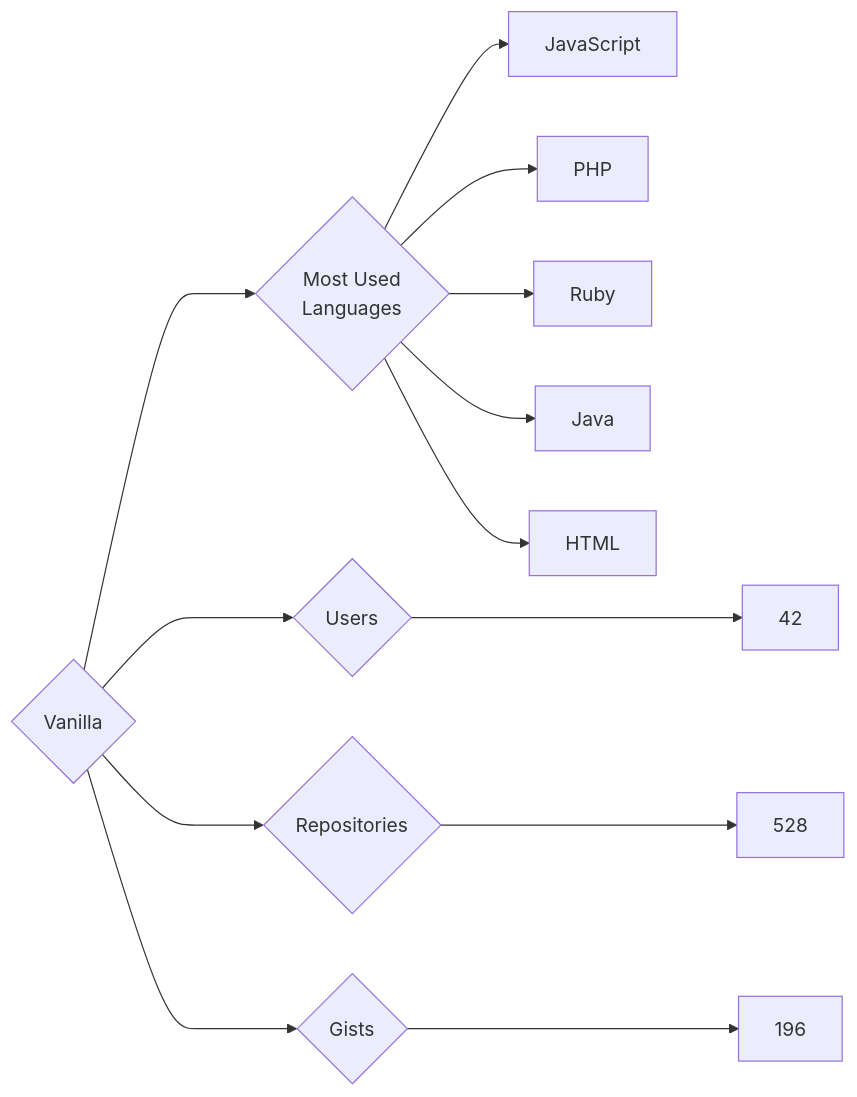
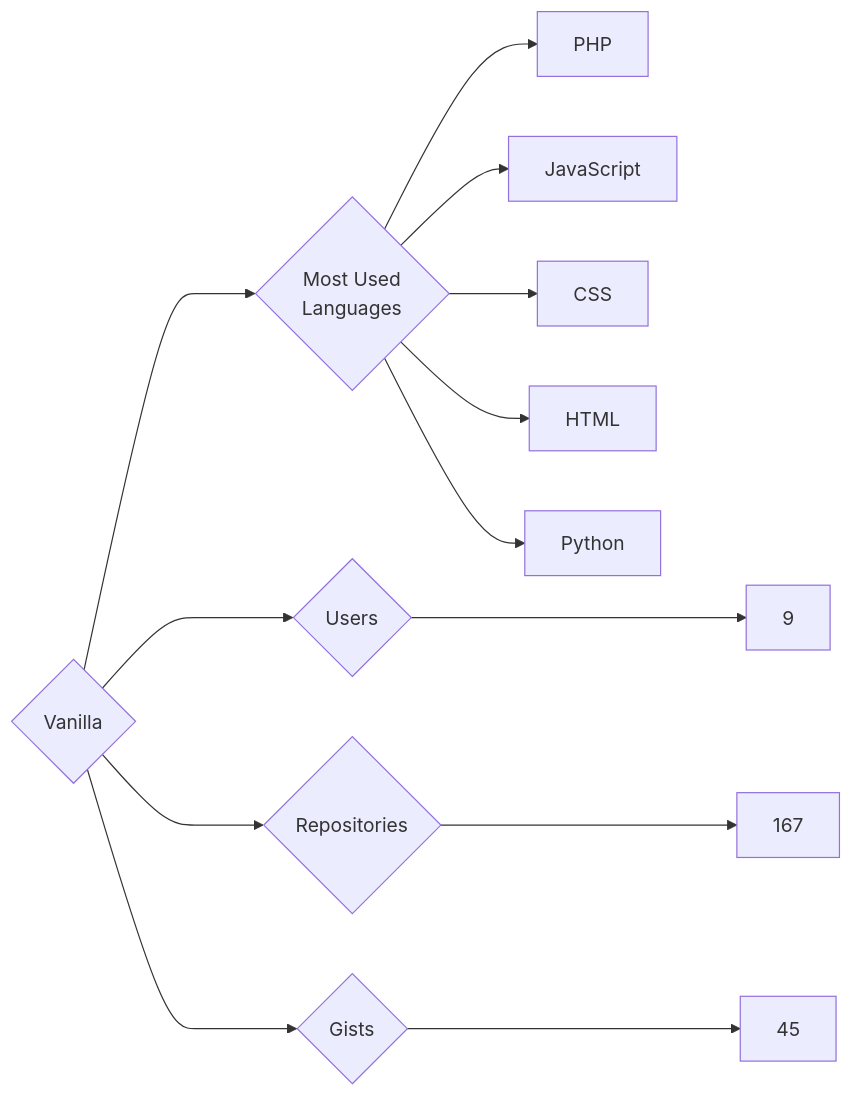
The diagram in targets/Vanilla/README.md (trickest/insiders), drawn with Mermaid before and after one commit. The commit also changed 829 other files, not shown here.

````diff
--- a/targets/Vanilla/README.md
+++ b/targets/Vanilla/README.md
@@ -3,13 +3,13 @@
 ```mermaid
 graph LR
 COMPANY_NAME{Vanilla}
-COMPANY_NAME ---> U{Users} ---> UN[42]
-COMPANY_NAME ---> R{Repositories} ---> RN[528]
-COMPANY_NAME ---> G{Gists} ---> GN[196]
+COMPANY_NAME ---> U{Users} ---> UN[9]
+COMPANY_NAME ---> R{Repositories} ---> RN[167]
+COMPANY_NAME ---> G{Gists} ---> GN[45]
 COMPANY_NAME ---> ML{Most Used<br>Languages}
+ML --> PHP[PHP]
 ML --> JavaScript[JavaScript]
-ML --> PHP[PHP]
-ML --> Ruby[Ruby]
-ML --> Java[Java]
+ML --> CSS[CSS]
 ML --> HTML[HTML]
+ML --> Python[Python]
 ```
````
